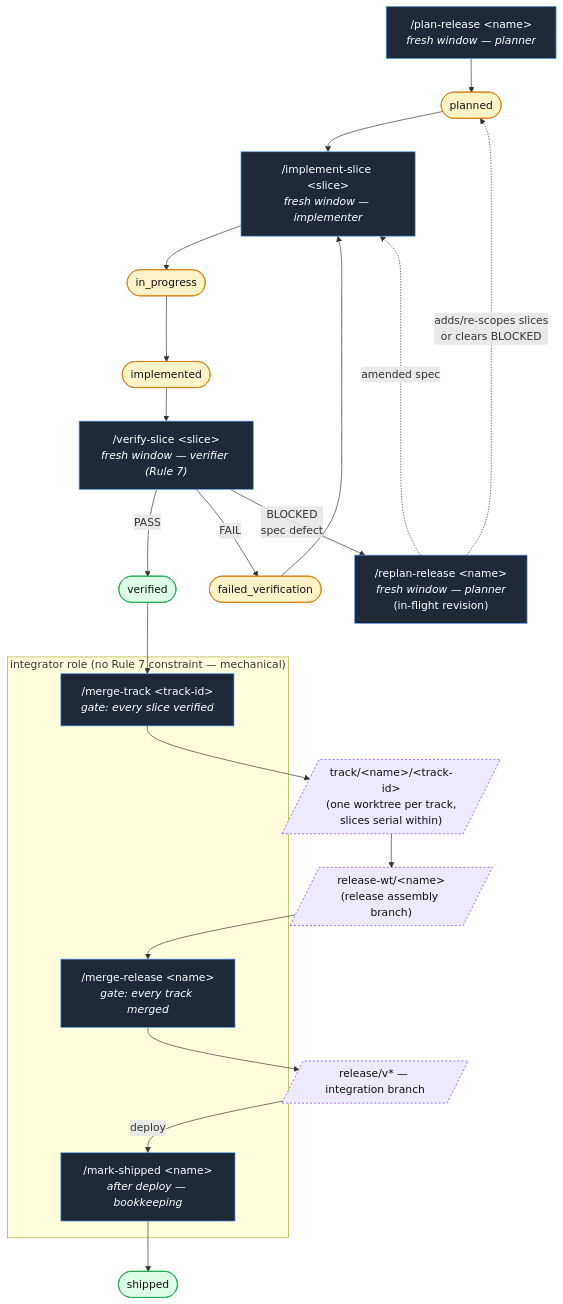
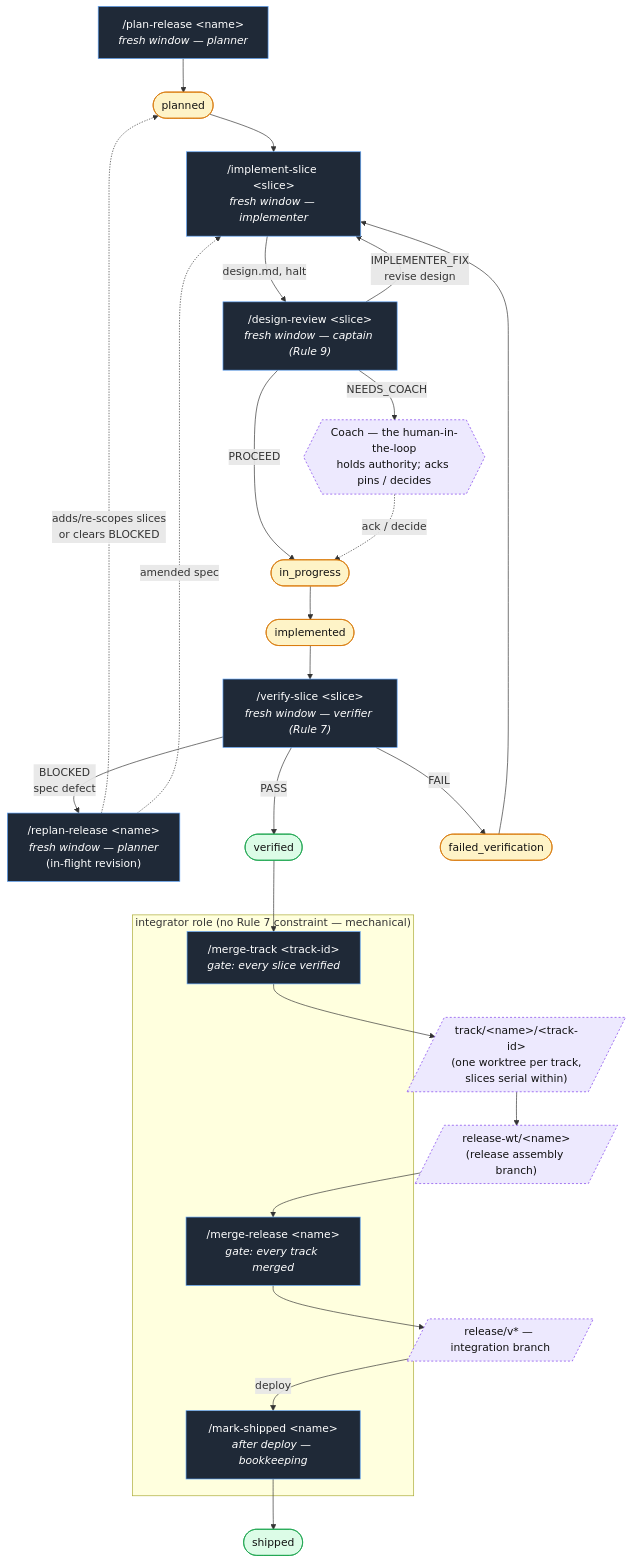
Before and after one commit to sawy3r/baton: the diagram in README.md, drawn with Mermaid. The commit also changed other lines of this file and 8 other files, not shown here.

````diff
--- a/README.md
+++ b/README.md
@@ -180,44 +189,51 @@
 ```mermaid
 flowchart TD
     classDef cmd fill:#1f2937,stroke:#60a5fa,color:#fff,stroke-width:1px
     classDef state fill:#fef3c7,stroke:#d97706,color:#111
     classDef terminal fill:#dcfce7,stroke:#16a34a,color:#111
     classDef branch fill:#ede9fe,stroke:#7c3aed,color:#111,stroke-dasharray:3 3
 
     plan["/plan-release &lt;name&gt;<br/><i>fresh window — planner</i>"]:::cmd
     replan["/replan-release &lt;name&gt;<br/><i>fresh window — planner</i><br/>(in-flight revision)"]:::cmd
     impl["/implement-slice &lt;slice&gt;<br/><i>fresh window — implementer</i>"]:::cmd
     verify["/verify-slice &lt;slice&gt;<br/><i>fresh window — verifier (Rule 7)</i>"]:::cmd
+    dreview["/design-review &lt;slice&gt;<br/><i>fresh window — captain (Rule 9)</i>"]:::cmd
+    coach{{"Coach — the human-in-the-loop<br/>holds authority; acks pins / decides"}}:::branch
     subgraph integrator["integrator role (no Rule 7 constraint — mechanical)"]
         mtrack["/merge-track &lt;track-id&gt;<br/><i>gate: every slice verified</i>"]:::cmd
         mrelease["/merge-release &lt;name&gt;<br/><i>gate: every track merged</i>"]:::cmd
         shipped["/mark-shipped &lt;name&gt;<br/><i>after deploy — bookkeeping</i>"]:::cmd
     end
 
     planned([planned]):::state
     inprog([in_progress]):::state
     implemented([implemented]):::state
     verified([verified]):::terminal
     failed([failed_verification]):::state
     shipState([shipped]):::terminal
 
     trackBranch[/"track/&lt;name&gt;/&lt;track-id&gt;<br/>(one worktree per track,<br/>slices serial within)"/]:::branch
     relWt[/"release-wt/&lt;name&gt;<br/>(release assembly branch)"/]:::branch
     integ[/"release/v* — integration branch"/]:::branch
 
     plan --> planned
     replan -.->|adds/re-scopes slices<br/>or clears BLOCKED| planned
     planned --> impl
-    impl --> inprog --> implemented
+    impl -->|design.md, halt| dreview
+    dreview -->|PROCEED| inprog
+    dreview -->|IMPLEMENTER_FIX<br/>revise design| impl
+    dreview -->|NEEDS_COACH| coach
+    coach -.->|ack / decide| inprog
+    inprog --> implemented
     implemented --> verify
     verify -->|PASS| verified
     verify -->|FAIL| failed --> impl
     verify -->|BLOCKED<br/>spec defect| replan
     replan -.->|amended spec| impl
 
     verified --> mtrack
     mtrack --> trackBranch
     trackBranch --> relWt
     relWt --> mrelease --> integ
     integ -->|deploy| shipped --> shipState
 ```
````
